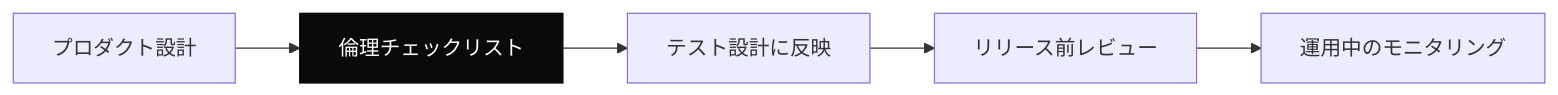
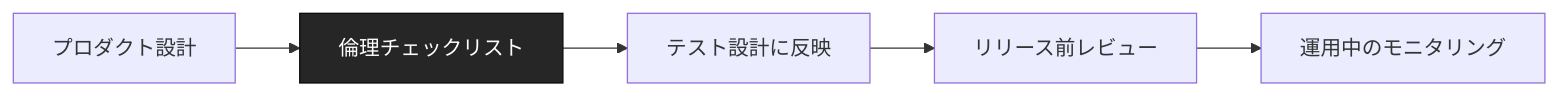
One commit to dinekt/dinekt-wiki changed the third of 3 diagrams in docs/concepts/ai-プロダクトと倫理-7-つの観点.md. Above: the diagram before and after it, drawn with Mermaid. The commit also changed other lines of this file and 71 other files, not shown here.

First line of the commit message:
fix: mermaid readability + remove GitHub repo toolbar

````diff
--- a/docs/concepts/ai-プロダクトと倫理-7-つの観点.md
+++ b/docs/concepts/ai-プロダクトと倫理-7-つの観点.md
@@ -119,9 +119,9 @@
 ```mermaid
 flowchart LR
     P[プロダクト設計] --> E[倫理チェックリスト]
     E --> T[テスト設計に反映]
     T --> R[リリース前レビュー]
     R --> M[運用中のモニタリング]
 
-    style E fill:#0a0a0a,color:#fff,stroke:#0a0a0a
+    style E fill:#262626,color:#fff,stroke:#0a0a0a
 ```
````
